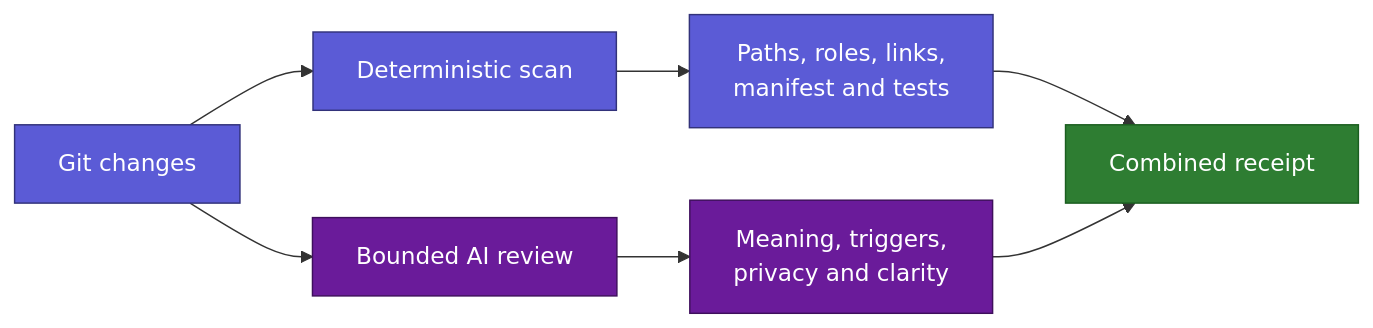
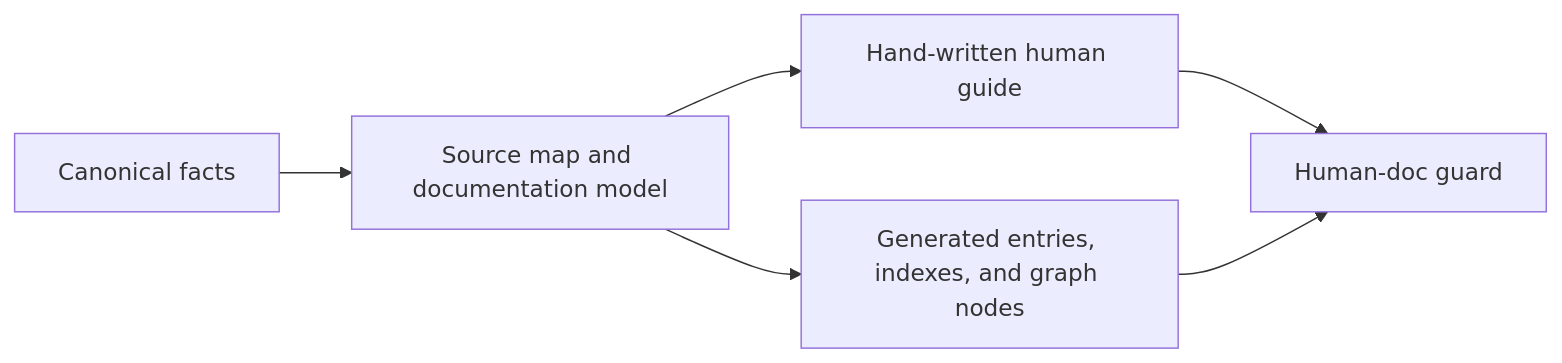
The second of 2 diagrams in docs/human/07_MAINTAINING_SKILLS.md (geekybobz/skills_ai), drawn with Mermaid before and after one commit. The commit also changed other lines of this file and 173 other files, not shown here.

Commit message:
Record current model-led orchestrator and clean repository documentation

````diff
--- a/docs/human/07_MAINTAINING_SKILLS.md
+++ b/docs/human/07_MAINTAINING_SKILLS.md
@@ -163,16 +105,8 @@
 ```mermaid
 flowchart LR
-    G["Git changes"] --> D["Deterministic scan"]
-    D --> V["Paths, roles, links,<br/>manifest and tests"]
-    G --> A["Bounded AI review"]
-    A --> M["Meaning, triggers,<br/>privacy and clarity"]
-    V --> O["Combined receipt"]
-    M --> O
-
-    classDef code fill:#5B5BD6,color:#fff,stroke:#32327A
-    classDef review fill:#6A1B9A,color:#fff,stroke:#3E0F5C
-    classDef result fill:#2E7D32,color:#fff,stroke:#1B5E20
-    class G,D,V code
-    class A,M review
-    class O result
+    F["Canonical facts"] --> M["Source map and documentation model"]
+    M --> H["Hand-written human guide"]
+    M --> G["Generated entries, indexes, and graph nodes"]
+    H --> V["Human-doc guard"]
+    G --> V
 ```
````
